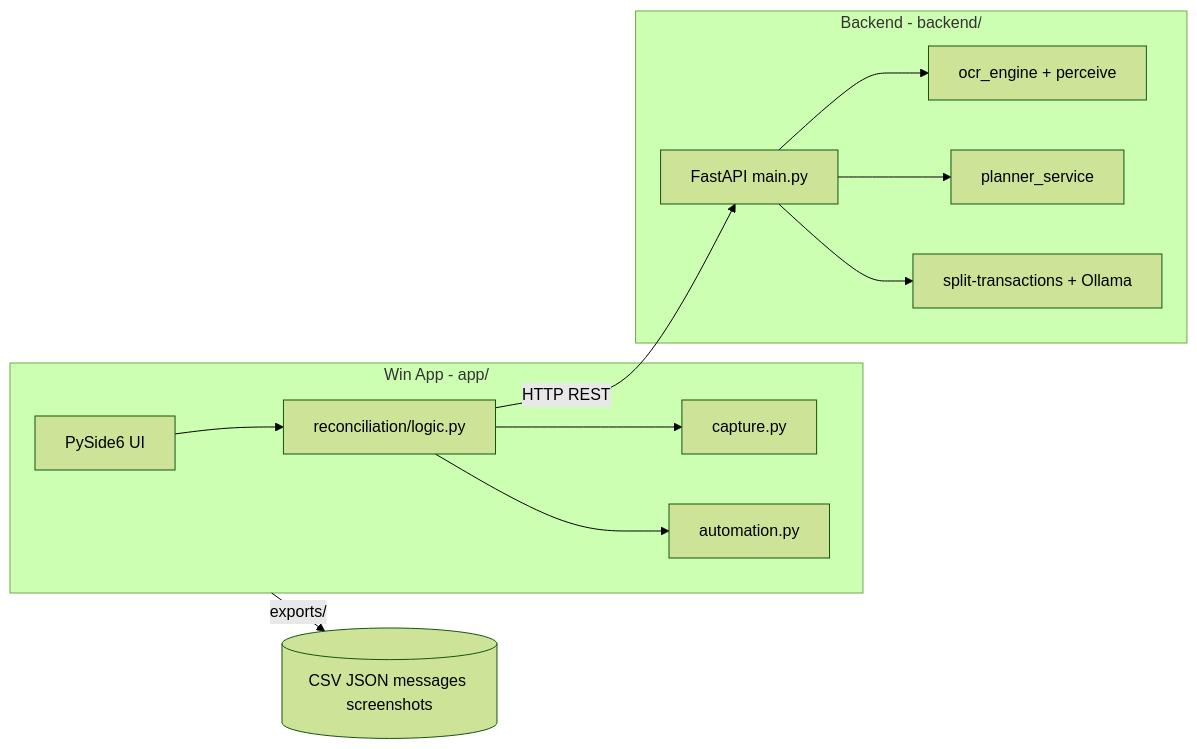
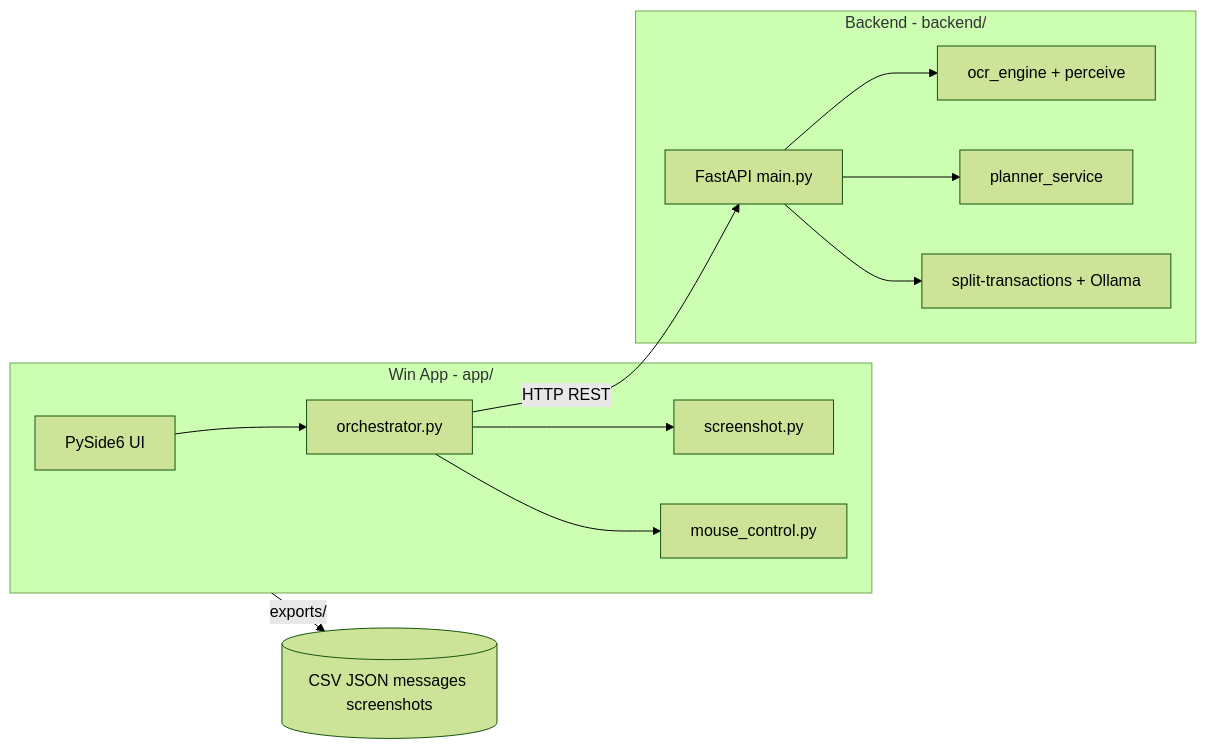
One commit to itami1305/Ami-AI changed the first of 6 diagrams in LUONG_HE_THONG.md. Above: the diagram before and after it, drawn with Mermaid (forest theme). The commit also changed other lines of this file and 159 other files, not shown here.

````diff
--- a/LUONG_HE_THONG.md
+++ b/LUONG_HE_THONG.md
@@ -22,25 +22,25 @@
 ```mermaid
 flowchart LR
   subgraph client [Win App - app/]
     UI[PySide6 UI]
-    CAP[capture.py]
-    AUTO[automation.py]
-    LOGIC[reconciliation/logic.py]
+    CAP[screenshot.py]
+    AUTO[mouse_control.py]
+    LOGIC[orchestrator.py]
     UI --> LOGIC
     LOGIC --> CAP
     LOGIC --> AUTO
   end
 
   subgraph server [Backend - backend/]
     API[FastAPI main.py]
     OCR[ocr_engine + perceive]
     PLAN[planner_service]
     SPLIT[split-transactions + Ollama]
     API --> OCR
     API --> PLAN
     API --> SPLIT
   end
 
   LOGIC -->|HTTP REST| API
   client -->|exports/| DISK[(CSV JSON messages screenshots)]
 ```
````
